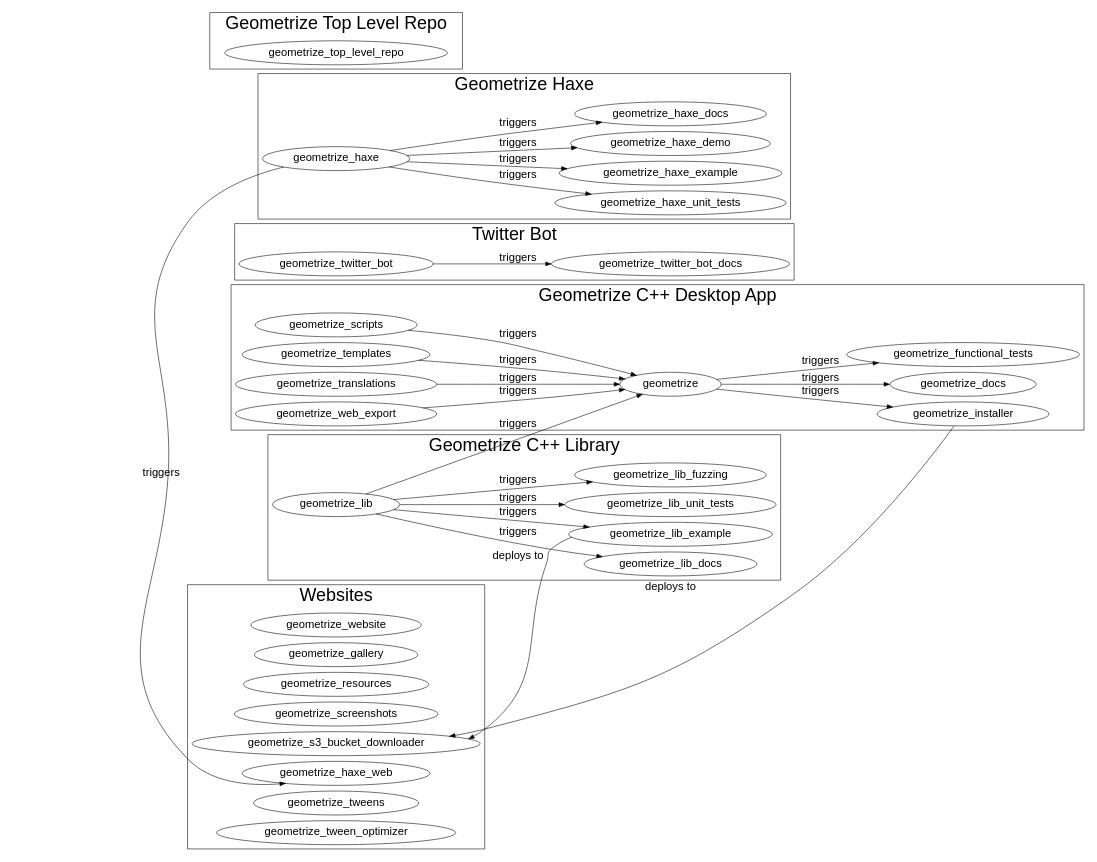
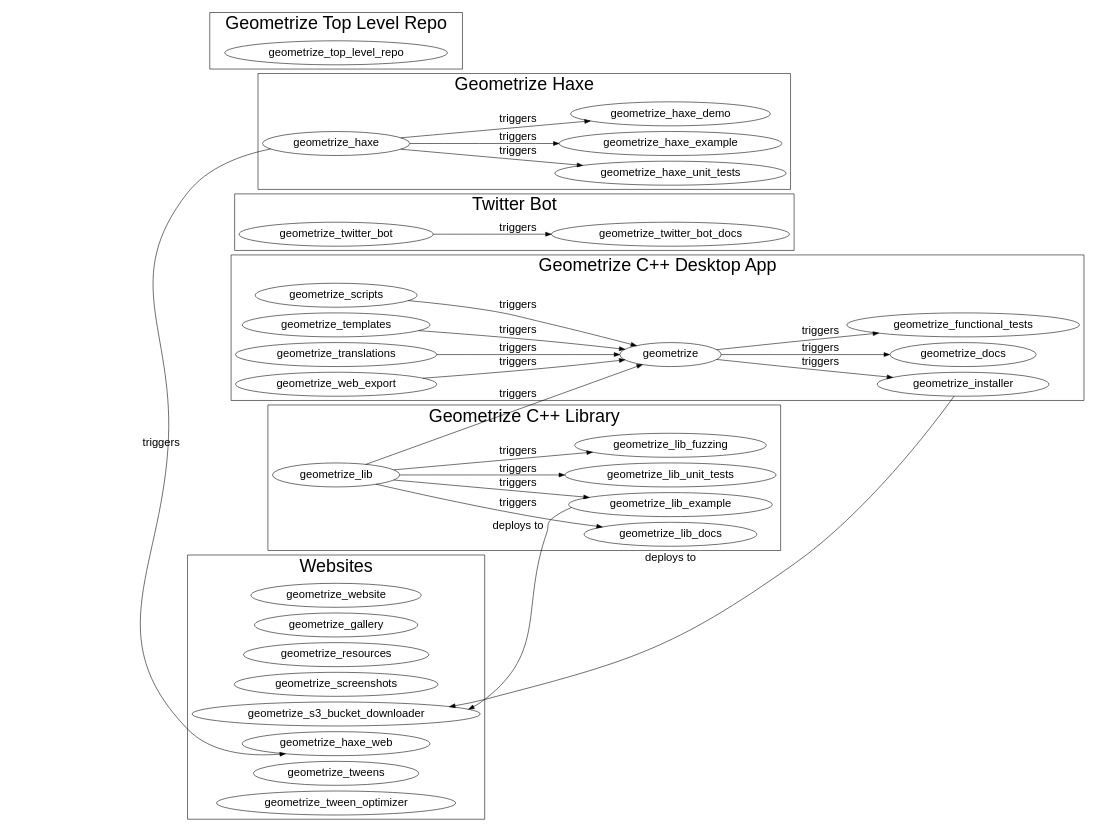
One commit to Tw1ddle/geometrize-top-level-repo changed the diagram in trigger_graph.dot. Above: the diagram before and after it, drawn with Graphviz. The commit also changed 1 other file, not shown here.

Commit message:
Update build trigger graph

```diff
--- a/trigger_graph.dot
+++ b/trigger_graph.dot
@@ -1,64 +1,66 @@
+// Graph that describes which builds trigger other builds and deployments within the Geometrize project
+
 digraph G {
   rankdir=LR;
   graph [pad="0.1", nodesep="0.15", ranksep="0.2", fontsize=32 fontname = "helvetica"];
   node [fontsize="20pt" fontname = "helvetica"];
   edge [fontsize="20pt", label="triggers" fontname = "helvetica"];
 
   subgraph cluster_0 {
     label = "Geometrize C++ Desktop App";
     geometrize_installer
 
     geometrize_scripts -> geometrize
     geometrize_templates -> geometrize
     geometrize_translations -> geometrize
     geometrize_web_export -> geometrize
 
     geometrize -> geometrize_docs
     geometrize -> geometrize_functional_tests
     geometrize -> geometrize_installer
   }
 
   subgraph cluster_1 {
     label = "Geometrize C++ Library";
     geometrize_lib -> geometrize_lib_docs
     geometrize_lib -> geometrize_lib_example
     geometrize_lib -> geometrize_lib_unit_tests
     geometrize_lib -> geometrize_lib_fuzzing
   }
 
   subgraph cluster_2 {
       label = "Twitter Bot";
       geometrize_twitter_bot -> geometrize_twitter_bot_docs
   }
 
   subgraph cluster_3 {
     label = "Websites";
     geometrize_website
     geometrize_gallery
     geometrize_resources
     geometrize_screenshots
     geometrize_s3_bucket_downloader
     geometrize_haxe_web
     geometrize_tweens
     geometrize_tween_optimizer
   }
 
   subgraph cluster_4 {
     label = "Geometrize Haxe";
     geometrize_haxe -> geometrize_haxe_unit_tests
     geometrize_haxe -> geometrize_haxe_example
     geometrize_haxe -> geometrize_haxe_demo
-    geometrize_haxe -> geometrize_haxe_docs
+    #geometrize_haxe -> geometrize_haxe_docs // Documentation generation is done in the main geometrize_haxe build
   }
 
   subgraph cluster_5 {
     label = "Geometrize Top Level Repo";
     geometrize_top_level_repo;
   }
 
   geometrize_lib -> geometrize [label="triggers"]
   geometrize_haxe -> geometrize_haxe_web [label="triggers"] [constraint=false] 
 
   geometrize_installer -> geometrize_s3_bucket_downloader [label="deploys to"] [constraint=false]
   geometrize_lib_example -> geometrize_s3_bucket_downloader [label="deploys to"] [constraint=false]
 }
```
